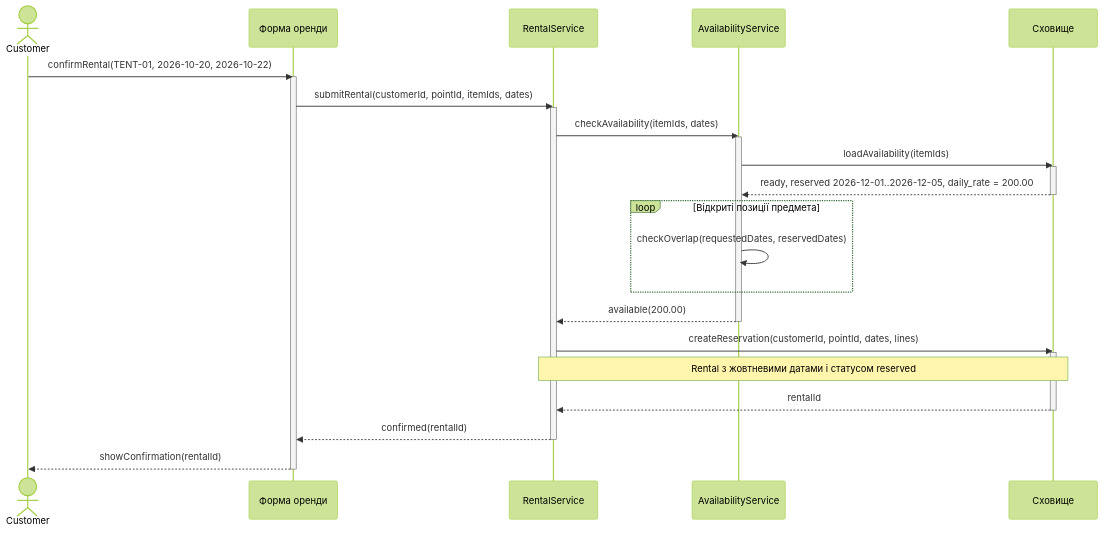
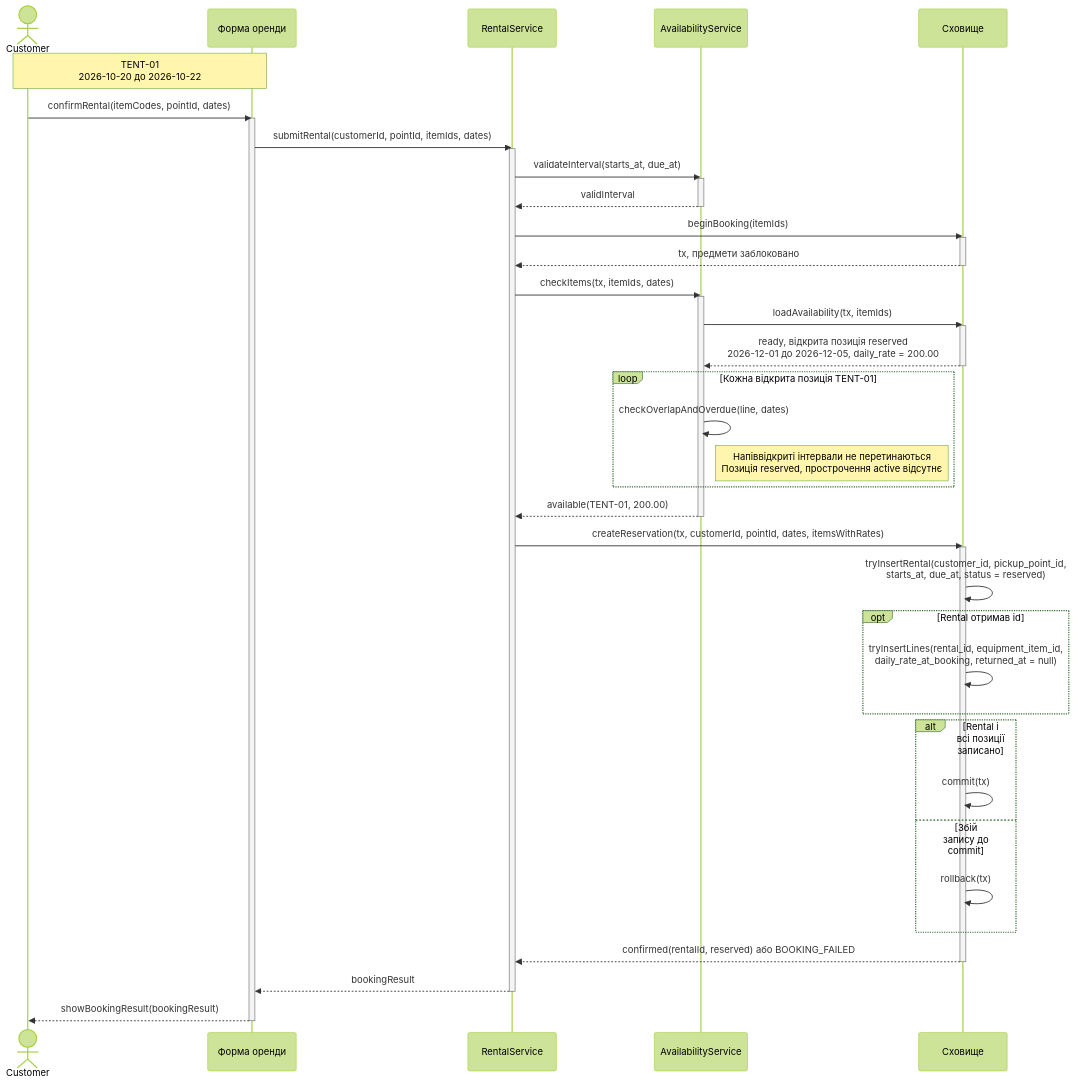
Before and after one commit to kirgafan/KPI_labs: the fourth of 6 diagrams in Labs/lab-3/model.md, drawn with Mermaid (forest theme). The commit also changed other lines of this file, not shown here.

Commit message:
refactor(lab-3): regenerate sequences from audit feedback

````diff
--- a/Labs/lab-3/model.md
+++ b/Labs/lab-3/model.md
@@ -101,32 +155,50 @@
 ```mermaid
 sequenceDiagram
     actor C as Customer
     participant U as Форма оренди
     participant R as RentalService
     participant A as AvailabilityService
     participant S as Сховище
-    C->>U: confirmRental(TENT-01, 2026-10-20, 2026-10-22)
+    Note over C,U: TENT-01<br/>2026-10-20 до 2026-10-22
+    C->>U: confirmRental(itemCodes, pointId, dates)
     activate U
     U->>R: submitRental(customerId, pointId, itemIds, dates)
     activate R
-    R->>A: checkAvailability(itemIds, dates)
+    R->>A: validateInterval(starts_at, due_at)
     activate A
-    A->>S: loadAvailability(itemIds)
+    A-->>R: validInterval
+    deactivate A
+    R->>S: beginBooking(itemIds)
     activate S
-    S-->>A: ready, reserved 2026-12-01..2026-12-05, daily_rate = 200.00
+    S-->>R: tx, предмети заблоковано
     deactivate S
-    loop Відкриті позиції предмета
-        A->>A: checkOverlap(requestedDates, reservedDates)
+    R->>A: checkItems(tx, itemIds, dates)
+    activate A
+    A->>S: loadAvailability(tx, itemIds)
+    activate S
+    S-->>A: ready, відкрита позиція reserved<br/>2026-12-01 до 2026-12-05, daily_rate = 200.00
+    deactivate S
+    loop Кожна відкрита позиція TENT-01
+        A->>A: checkOverlapAndOverdue(line, dates)
+        Note right of A: Напіввідкриті інтервали не перетинаються<br/>Позиція reserved, прострочення active відсутнє
     end
-    A-->>R: available(200.00)
+    A-->>R: available(TENT-01, 200.00)
     deactivate A
-    R->>S: createReservation(customerId, pointId, dates, lines)
+    R->>S: createReservation(tx, customerId, pointId, dates, itemsWithRates)
     activate S
-    Note over R,S: Rental з жовтневими датами і статусом reserved
-    S-->>R: rentalId
+    S->>S: tryInsertRental(customer_id, pickup_point_id,<br/>starts_at, due_at, status = reserved)
+    opt Rental отримав id
+        S->>S: tryInsertLines(rental_id, equipment_item_id,<br/>daily_rate_at_booking, returned_at = null)
+    end
+    alt Rental і всі позиції записано
+        S->>S: commit(tx)
+    else Збій запису до commit
+        S->>S: rollback(tx)
+    end
+    S-->>R: confirmed(rentalId, reserved) або BOOKING_FAILED
     deactivate S
-    R-->>U: confirmed(rentalId)
+    R-->>U: bookingResult
     deactivate R
-    U-->>C: showConfirmation(rentalId)
+    U-->>C: showBookingResult(bookingResult)
     deactivate U
 ```
````
